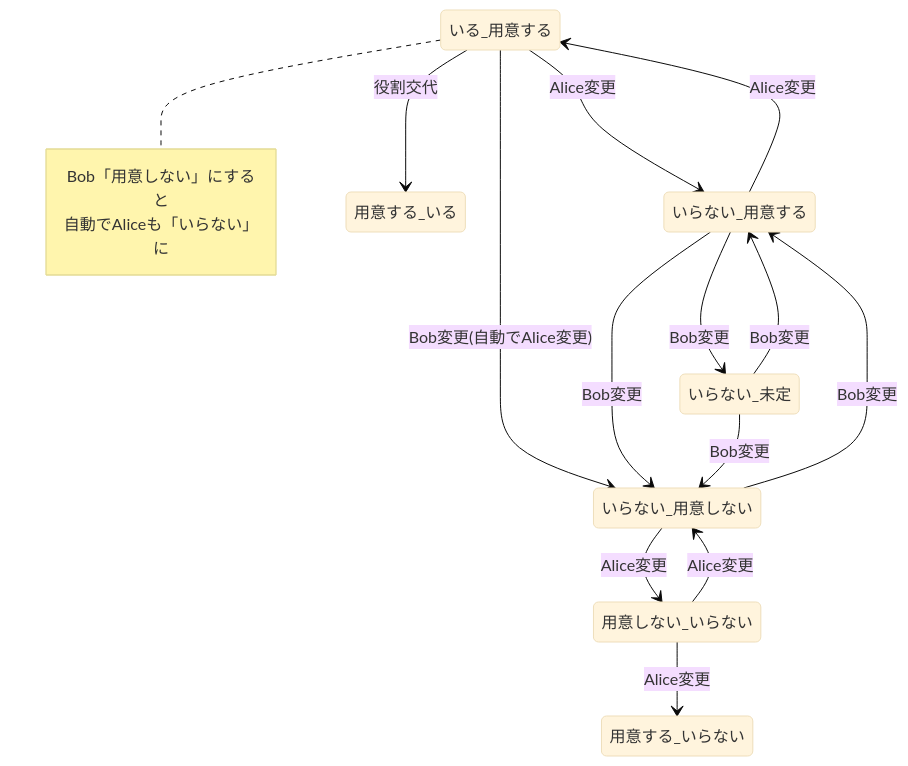
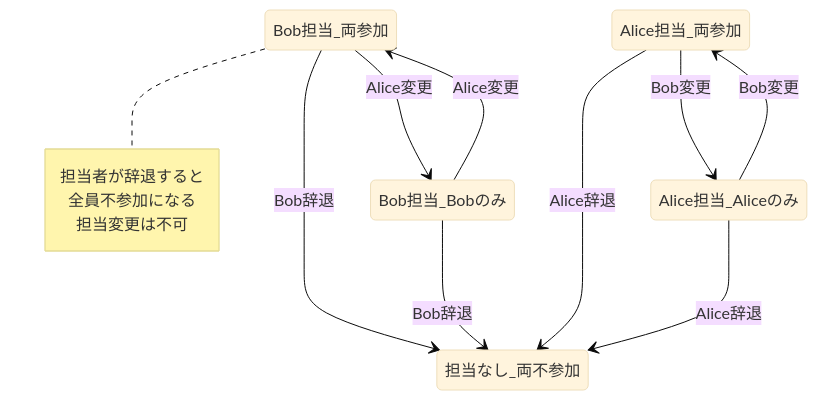
Before and after one commit to oginoshikibu/personal-linebot-hono: the second of 3 diagrams in docs/domain/dinner.md, drawn with Mermaid (base theme). The commit also changed other lines of this file, not shown here.

````diff
--- a/docs/domain/dinner.md
+++ b/docs/domain/dinner.md
@@ -40,24 +46,20 @@
 ```mermaid
 stateDiagram-v2
-    いる_用意する --> いらない_用意する : Alice変更
-    いる_用意する --> 用意する_いる : 役割交代
-    いる_用意する --> いらない_用意しない : Bob変更(自動でAlice変更)
+    Bob担当_両参加 --> Bob担当_Bobのみ : Alice変更
+    Bob担当_両参加 --> 担当なし_両不参加 : Bob辞退
     
-    いらない_用意する --> いる_用意する : Alice変更
-    いらない_用意する --> いらない_用意しない : Bob変更
-    いらない_用意する --> いらない_未定 : Bob変更
+    Bob担当_Bobのみ --> Bob担当_両参加 : Alice変更
+    Bob担当_Bobのみ --> 担当なし_両不参加 : Bob辞退
     
-    いらない_用意しない --> いらない_用意する : Bob変更
-    いらない_用意しない --> 用意しない_いらない : Alice変更
+    Alice担当_両参加 --> Alice担当_Aliceのみ : Bob変更
+    Alice担当_両参加 --> 担当なし_両不参加 : Alice辞退
     
-    いらない_未定 --> いらない_用意する : Bob変更
-    いらない_未定 --> いらない_用意しない : Bob変更
+    Alice担当_Aliceのみ --> Alice担当_両参加 : Bob変更
+    Alice担当_Aliceのみ --> 担当なし_両不参加 : Alice辞退
     
-    用意しない_いらない --> いらない_用意しない : Alice変更
-    用意しない_いらない --> 用意する_いらない : Alice変更
-    
-    note right of いる_用意する
-        Bob「用意しない」にすると
-        自動でAliceも「いらない」に
+    note right of Bob担当_両参加
+        担当者が辞退すると
+        全員不参加になる
+        担当変更は不可
     end note
 ```
````
